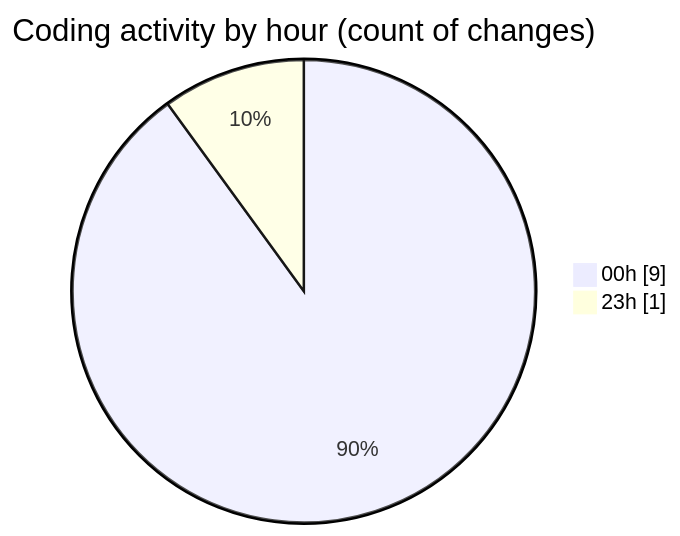
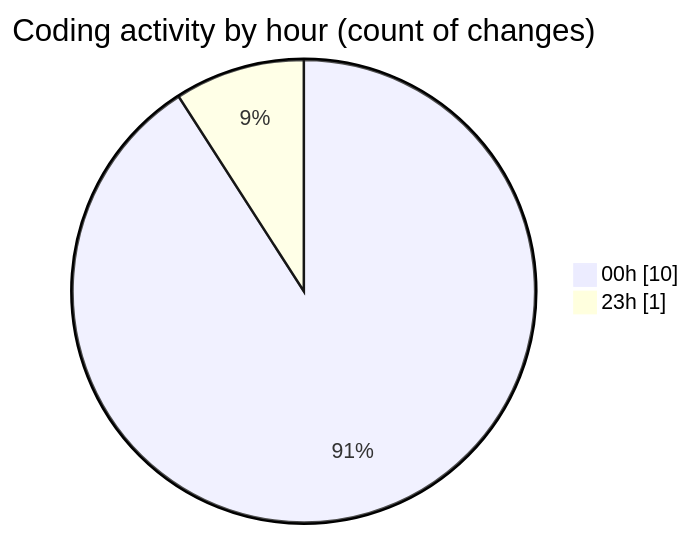
Before and after one commit to lephambinh05/code-tracking: the second of 2 diagrams in 2025-07-18/nhahang/README.md, drawn with Mermaid. The commit also changed other lines of this file and 1 other file, not shown here.

````diff
--- a/2025-07-18/nhahang/README.md
+++ b/2025-07-18/nhahang/README.md
@@ -35,6 +35,6 @@
 ```mermaid
 pie showData
 title Coding activity by hour (count of changes)
-"00h" : 9
+"00h" : 10
 "23h" : 1
 ```
````
